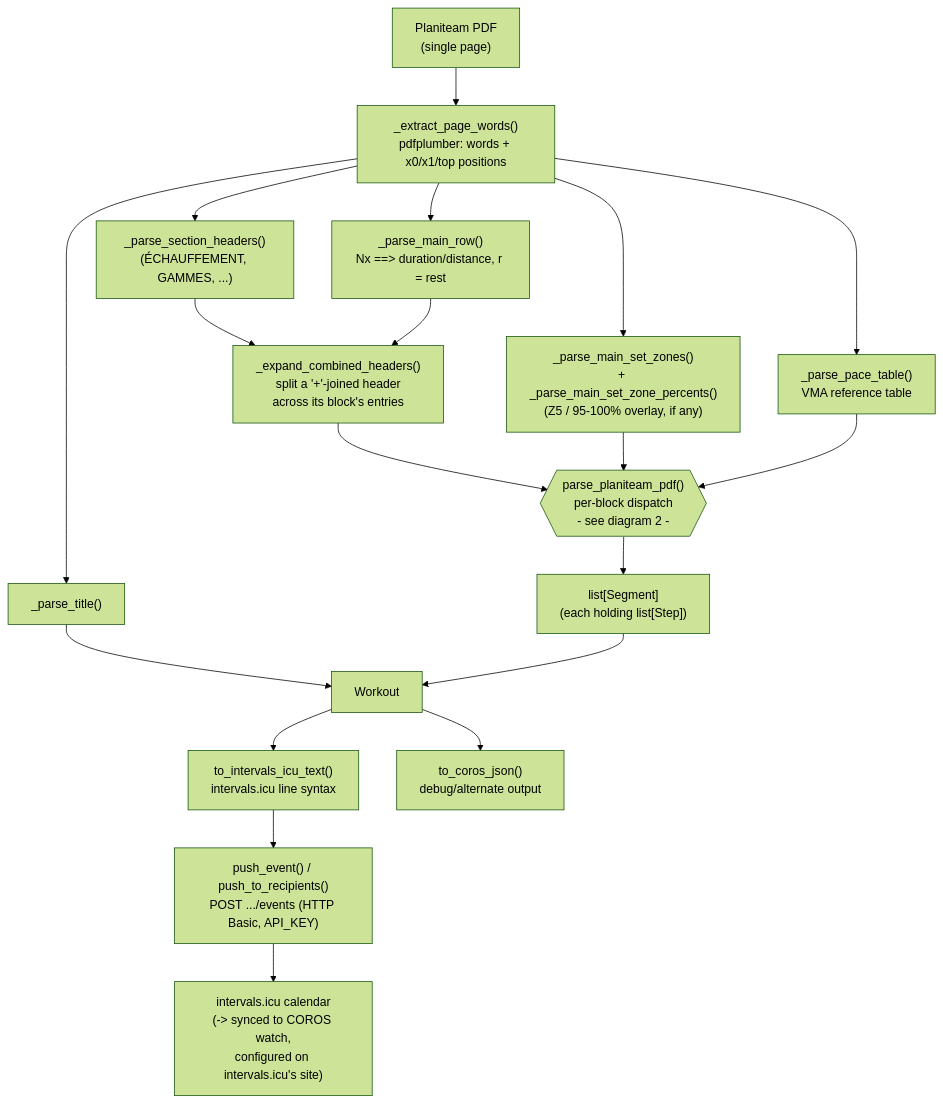
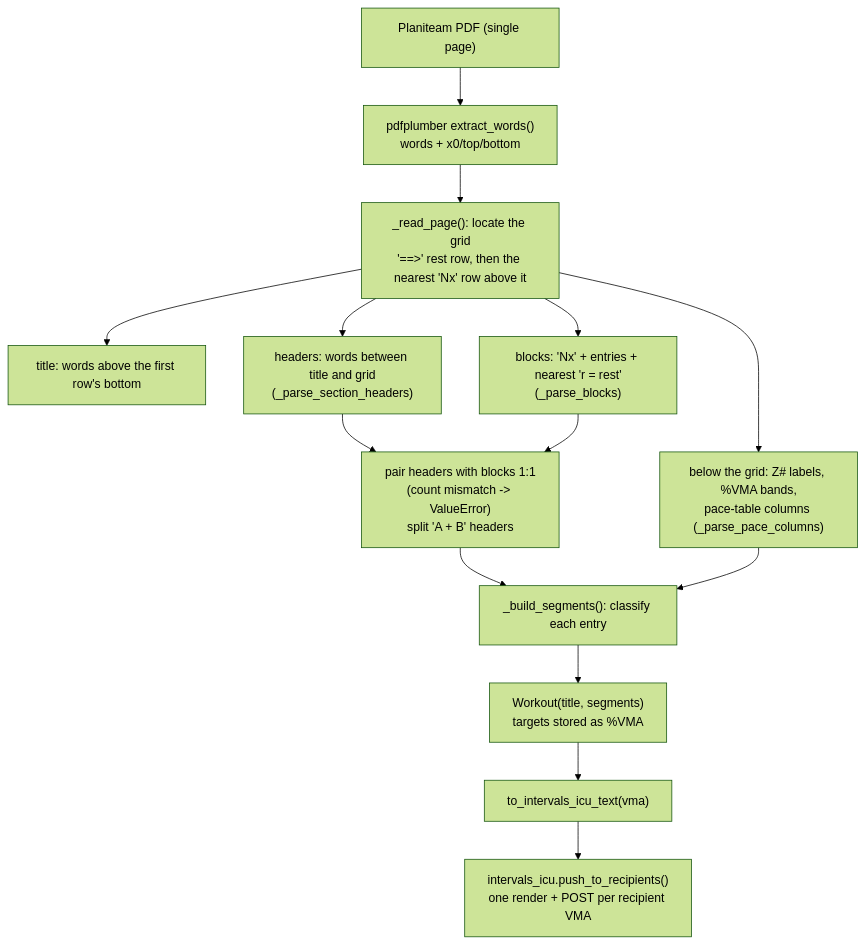
Before and after one commit to Duranson/planiteam-to-coros: the first of 2 diagrams in ARCHITECTURE.md, drawn with Mermaid (forest theme). The commit also changed other lines of this file and 11 other files, not shown here.

Commit message:
refactoring for simpler architecture

````diff
--- a/ARCHITECTURE.md
+++ b/ARCHITECTURE.md
@@ -10,27 +17,16 @@
 ```mermaid
 flowchart TD
-    PDF["Planiteam PDF\n(single page)"] --> EXTRACT["_extract_page_words()\npdfplumber: words + x0/x1/top positions"]
-
-    EXTRACT --> TITLE["_parse_title()"]
-    EXTRACT --> HEADERS["_parse_section_headers()\n(ÉCHAUFFEMENT, GAMMES, ...)"]
-    EXTRACT --> MAINROW["_parse_main_row()\nNx ==> duration/distance, r = rest"]
-    EXTRACT --> ZONES["_parse_main_set_zones()\n+ _parse_main_set_zone_percents()\n(Z5 / 95-100% overlay, if any)"]
-    EXTRACT --> PACETABLE["_parse_pace_table()\nVMA reference table"]
-
-    HEADERS --> EXPAND["_expand_combined_headers()\nsplit a '+'-joined header\nacross its block's entries"]
-    MAINROW --> EXPAND
-
-    EXPAND --> DISPATCH{{"parse_planiteam_pdf()\nper-block dispatch\n- see diagram 2 -"}}
-    ZONES --> DISPATCH
-    PACETABLE --> DISPATCH
-
-    DISPATCH --> SEGMENTS["list[Segment]\n(each holding list[Step])"]
-    TITLE --> WORKOUT["Workout"]
-    SEGMENTS --> WORKOUT
-
-    WORKOUT --> TEXT["to_intervals_icu_text()\nintervals.icu line syntax"]
-    WORKOUT --> JSONOUT["to_coros_json()\ndebug/alternate output"]
-
-    TEXT --> PUSH["push_event() / push_to_recipients()\nPOST .../events (HTTP Basic, API_KEY)"]
-    PUSH --> ICU["intervals.icu calendar\n(-> synced to COROS watch,\nconfigured on intervals.icu's site)"]
+    PDF["Planiteam PDF (single page)"] --> WORDS["pdfplumber extract_words()\nwords + x0/top/bottom"]
+    WORDS --> GRID["_read_page(): locate the grid\n'==>' rest row, then the nearest 'Nx' row above it"]
+    GRID --> TITLE["title: words above the first row's bottom"]
+    GRID --> HEADERS["headers: words between title and grid\n(_parse_section_headers)"]
+    GRID --> BLOCKS["blocks: 'Nx' + entries + nearest 'r = rest'\n(_parse_blocks)"]
+    GRID --> BELOW["below the grid: Z# labels, %VMA bands,\npace-table columns (_parse_pace_columns)"]
+    HEADERS --> PAIR["pair headers with blocks 1:1\n(count mismatch -> ValueError)\nsplit 'A + B' headers"]
+    BLOCKS --> PAIR
+    PAIR --> PLAN["_build_segments(): classify each entry"]
+    BELOW --> PLAN
+    PLAN --> WORKOUT["Workout(title, segments)\ntargets stored as %VMA"]
+    WORKOUT --> TEXT["to_intervals_icu_text(vma)"]
+    TEXT --> PUSH["intervals_icu.push_to_recipients()\none render + POST per recipient VMA"]
 ```
````
